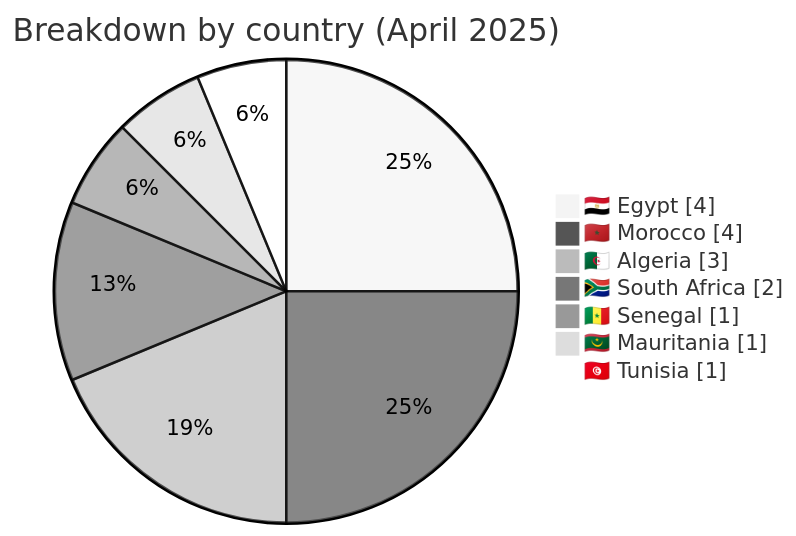
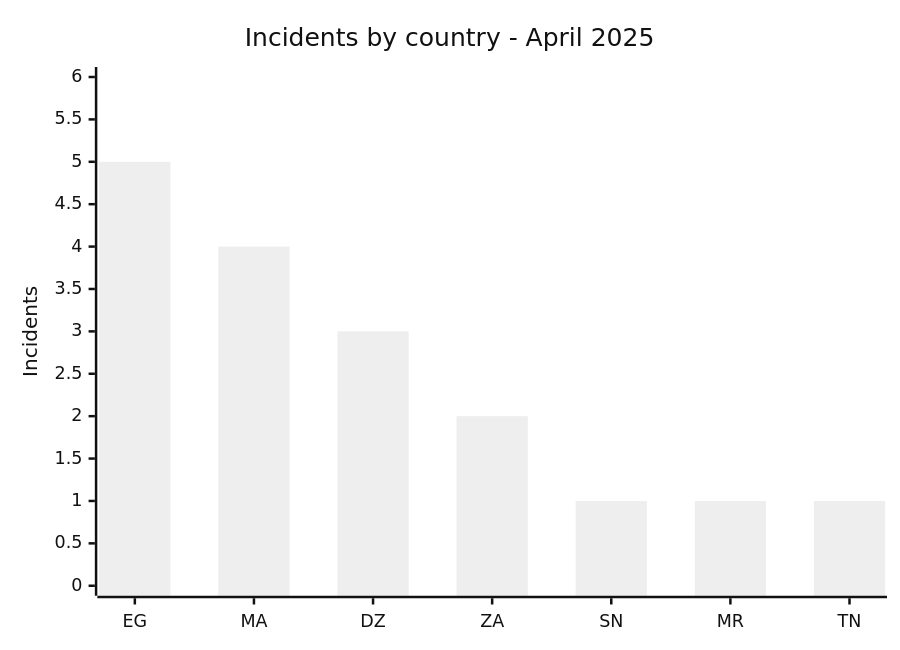
One commit to Hatchepsoute/AFRINTEL changed the second of 7 diagrams in CyberAttackAfrica/2025/04-april/README.md. Above: the diagram before and after it, drawn with Mermaid (neutral theme). The commit also changed other lines of this file and 3 other files, not shown here.

````diff
--- a/CyberAttackAfrica/2025/04-april/README.md
+++ b/CyberAttackAfrica/2025/04-april/README.md
@@ -98,11 +87,7 @@
 ```mermaid
-pie showData
-    title Breakdown by country (April 2025)
-    "🇪🇬 Egypt" : 4
-    "🇲🇦 Morocco" : 4
-    "🇩🇿 Algeria" : 3
-    "🇿🇦 South Africa" : 2
-    "🇸🇳 Senegal" : 1
-    "🇲🇷 Mauritania" : 1
-    "🇹🇳 Tunisia" : 1
+xychart-beta
+    title "Incidents by country - April 2025"
+    x-axis ["EG", "MA", "DZ", "ZA", "SN", "MR", "TN"]
+    y-axis "Incidents" 0 --> 6
+    bar [5, 4, 3, 2, 1, 1, 1]
 ```
````
